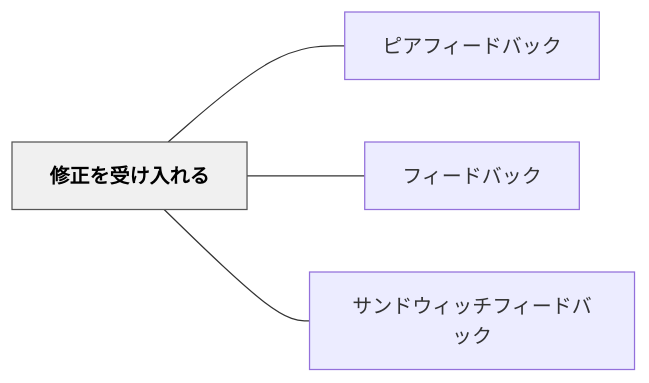
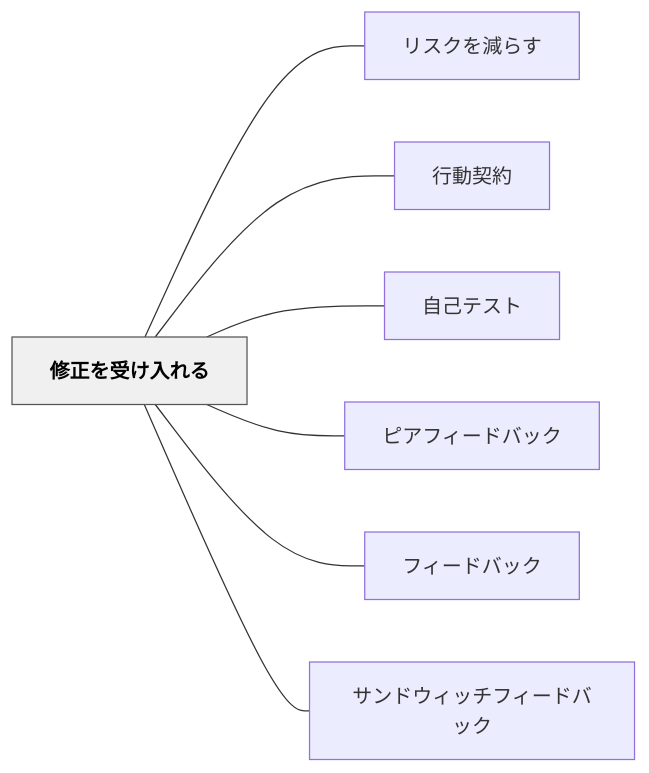
The diagram in content/パタン/修正を受け入れる.md (unknownthings-ed-patterns/unknownthings-ed-patterns), drawn with Mermaid before and after one commit. The commit also changed other lines of this file and 473 other files, not shown here.

````diff
--- a/content/パタン/修正を受け入れる.md
+++ b/content/パタン/修正を受け入れる.md
@@ -90,14 +93,20 @@
 ```mermaid
 flowchart LR
     ne4bfaee6ada3["修正を受け入れる"]
+    ne383aae382b9["リスクを減らす"]
+    ne8a18ce58b95["行動契約"]
+    ne887aae5b7b1["自己テスト"]
     ne38394e382a2["ピアフィードバック"]
     ne38395e382a3["フィードバック"]
     ne382b5e383b3["サンドウィッチフィードバック"]
 
+    ne4bfaee6ada3 --- ne383aae382b9
+    ne4bfaee6ada3 --- ne8a18ce58b95
+    ne4bfaee6ada3 --- ne887aae5b7b1
     ne4bfaee6ada3 --- ne38394e382a2
     ne4bfaee6ada3 --- ne38395e382a3
     ne4bfaee6ada3 --- ne382b5e383b3
 
     classDef hub fill:#f0f0f0,stroke:#555,color:#000,font-weight:bold
     class ne4bfaee6ada3 hub
 ```
````
